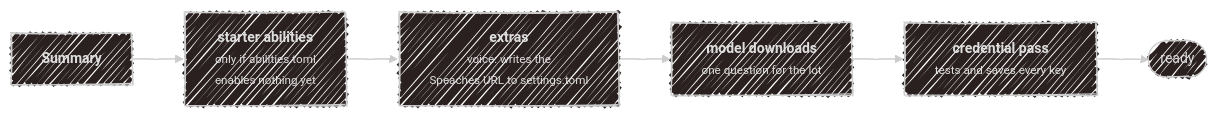
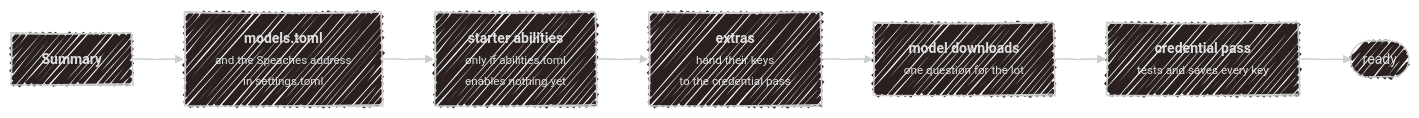
One commit to SubZtep/kaja changed the fourth of 4 diagrams in docs/configuration/wizard.md. Above: the diagram before and after it, drawn with Mermaid. The commit also changed other lines of this file and 10 other files, not shown here.

````diff
--- a/docs/configuration/wizard.md
+++ b/docs/configuration/wizard.md
@@ -167,13 +174,14 @@
 ```mermaid
 ---
 config:
   look: handDrawn
   theme: neo-dark
 ---
 flowchart LR
-    S["<b>Summary</b>"] --> A["<b>starter abilities</b><br><small>only if abilities.toml<br>enables nothing yet</small>"]
-    A --> E["<b>extras</b><br><small>voice: writes the<br>Speaches URL to settings.toml</small>"]
+    S["<b>Summary</b>"] --> W["<b>models.toml</b><br><small>and the Speaches address<br>in settings.toml</small>"]
+    W --> A["<b>starter abilities</b><br><small>only if abilities.toml<br>enables nothing yet</small>"]
+    A --> E["<b>extras</b><br><small>hand their keys<br>to the credential pass</small>"]
     E --> D["<b>model downloads</b><br><small>one question for the lot</small>"]
     D --> C["<b>credential pass</b><br><small>tests and saves every key</small>"]
     C --> R(["ready"])
 ```
````
